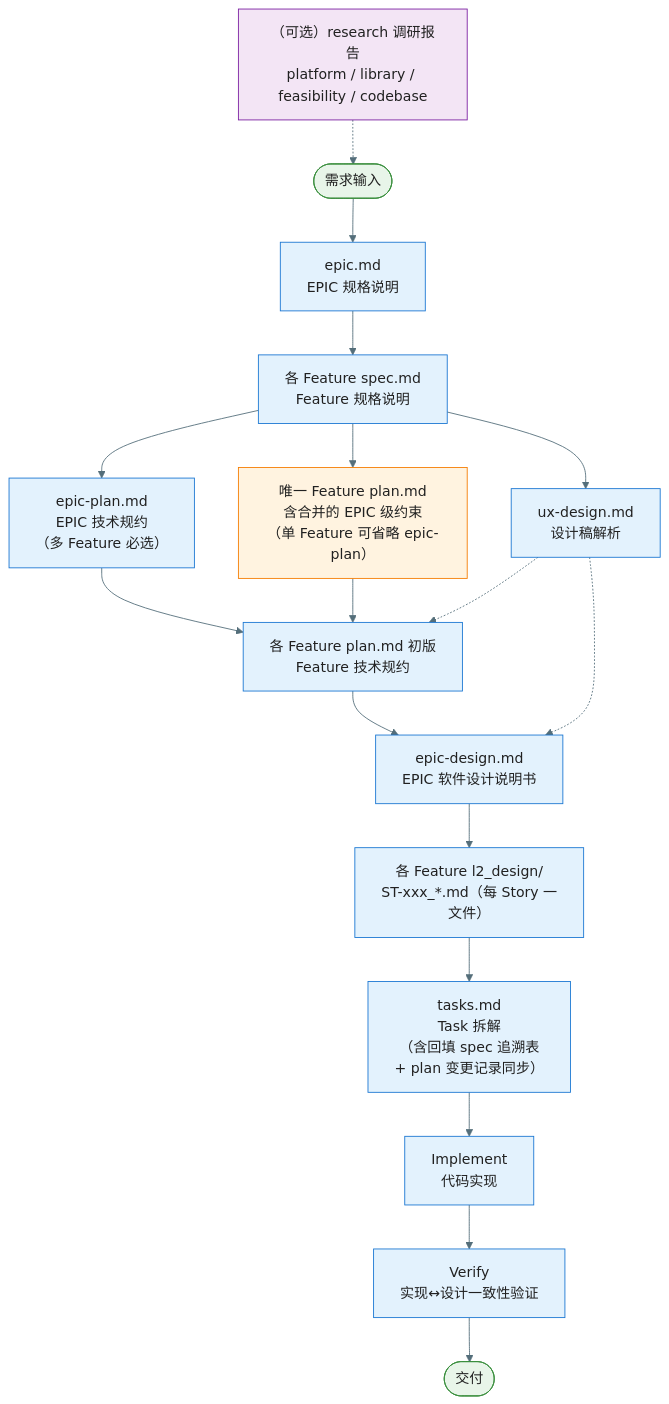
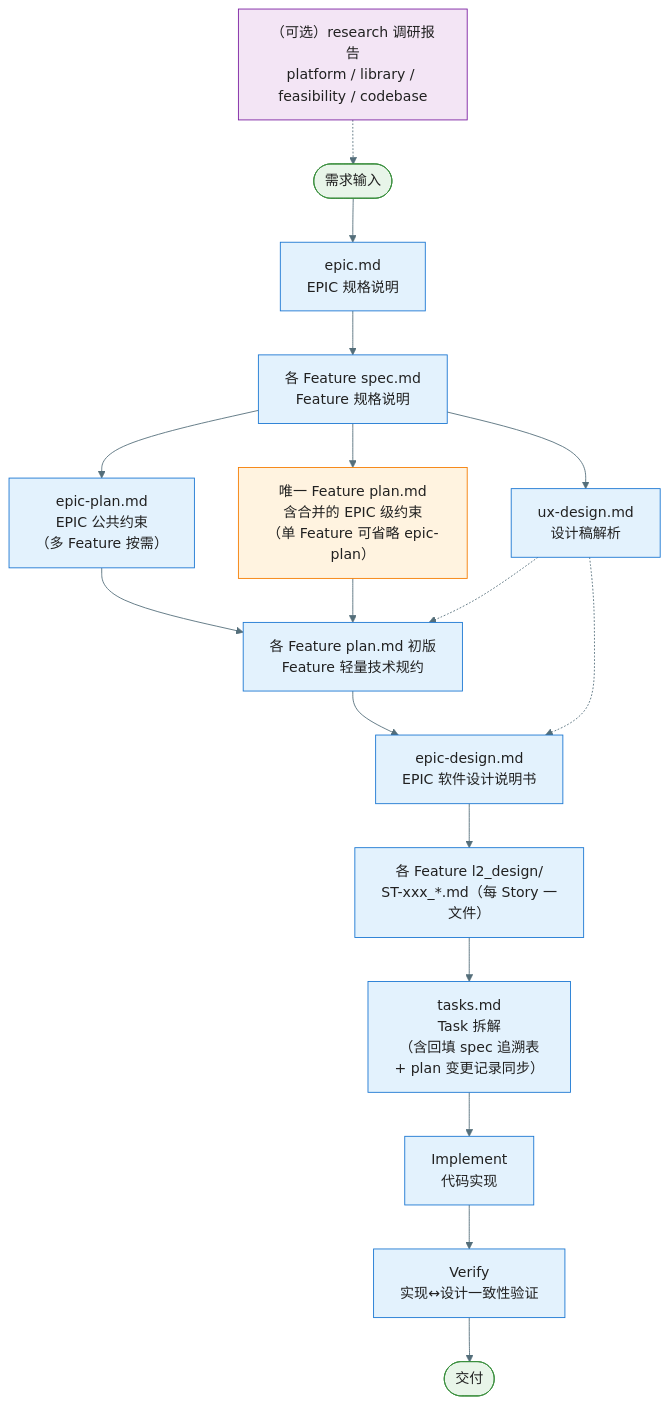
The first of 8 diagrams in docs/workflow-overview.md (jackykarma/Verity), drawn with Mermaid before and after one commit. The commit also changed other lines of this file and 28 other files, not shown here.

````diff
--- a/docs/workflow-overview.md
+++ b/docs/workflow-overview.md
@@ -9,33 +9,33 @@
 ```mermaid
 %%{init: {'theme': 'base', 'themeVariables': { 'primaryColor': '#E3F2FD', 'primaryTextColor': '#212121', 'primaryBorderColor': '#1976D2', 'lineColor': '#546E7A'}}}%%
 flowchart TD
     Research["（可选）research 调研报告<br/>platform / library / feasibility / codebase"] -.-> Start
     Start([需求输入]) --> EpicMd["epic.md<br/>EPIC 规格说明"]
     EpicMd --> SpecMd["各 Feature spec.md<br/>Feature 规格说明"]
-    SpecMd --> EpicPlan["epic-plan.md<br/>EPIC 技术规约<br/>（多 Feature 必选）"]
+    SpecMd --> EpicPlan["epic-plan.md<br/>EPIC 公共约束<br/>（多 Feature 按需）"]
     SpecMd --> PlanSingle["唯一 Feature plan.md<br/>含合并的 EPIC 级约束<br/>（单 Feature 可省略 epic-plan）"]
     SpecMd --> UxDesign["ux-design.md<br/>设计稿解析"]
-    EpicPlan --> PlanMd["各 Feature plan.md 初版<br/>Feature 技术规约"]
+    EpicPlan --> PlanMd["各 Feature plan.md 初版<br/>Feature 轻量技术规约"]
     PlanSingle --> PlanMd
     UxDesign -.-> PlanMd
     PlanMd --> EpicDesign["epic-design.md<br/>EPIC 软件设计说明书"]
     UxDesign -.-> EpicDesign
     EpicDesign --> StoryDesign["各 Feature l2_design/<br/>ST-xxx_*.md（每 Story 一文件）"]
     StoryDesign --> TasksMd["tasks.md<br/>Task 拆解<br/>（含回填 spec 追溯表<br/>+ plan 变更记录同步）"]
     TasksMd --> Implement["Implement<br/>代码实现"]
     Implement --> Verify["Verify<br/>实现↔设计一致性验证"]
     Verify --> Done([交付])
 
     style Research fill:#F3E5F5,stroke:#7B1FA2
     style Start fill:#E8F5E9,stroke:#388E3C
     style Done fill:#E8F5E9,stroke:#388E3C
     style EpicMd fill:#E3F2FD,stroke:#1976D2
     style SpecMd fill:#E3F2FD,stroke:#1976D2
     style EpicPlan fill:#E3F2FD,stroke:#1976D2
     style PlanSingle fill:#FFF3E0,stroke:#F57C00
     style UxDesign fill:#E3F2FD,stroke:#1976D2
     style PlanMd fill:#E3F2FD,stroke:#1976D2
     style EpicDesign fill:#E3F2FD,stroke:#1976D2
     style StoryDesign fill:#E3F2FD,stroke:#1976D2
     style TasksMd fill:#E3F2FD,stroke:#1976D2
 ```
````
